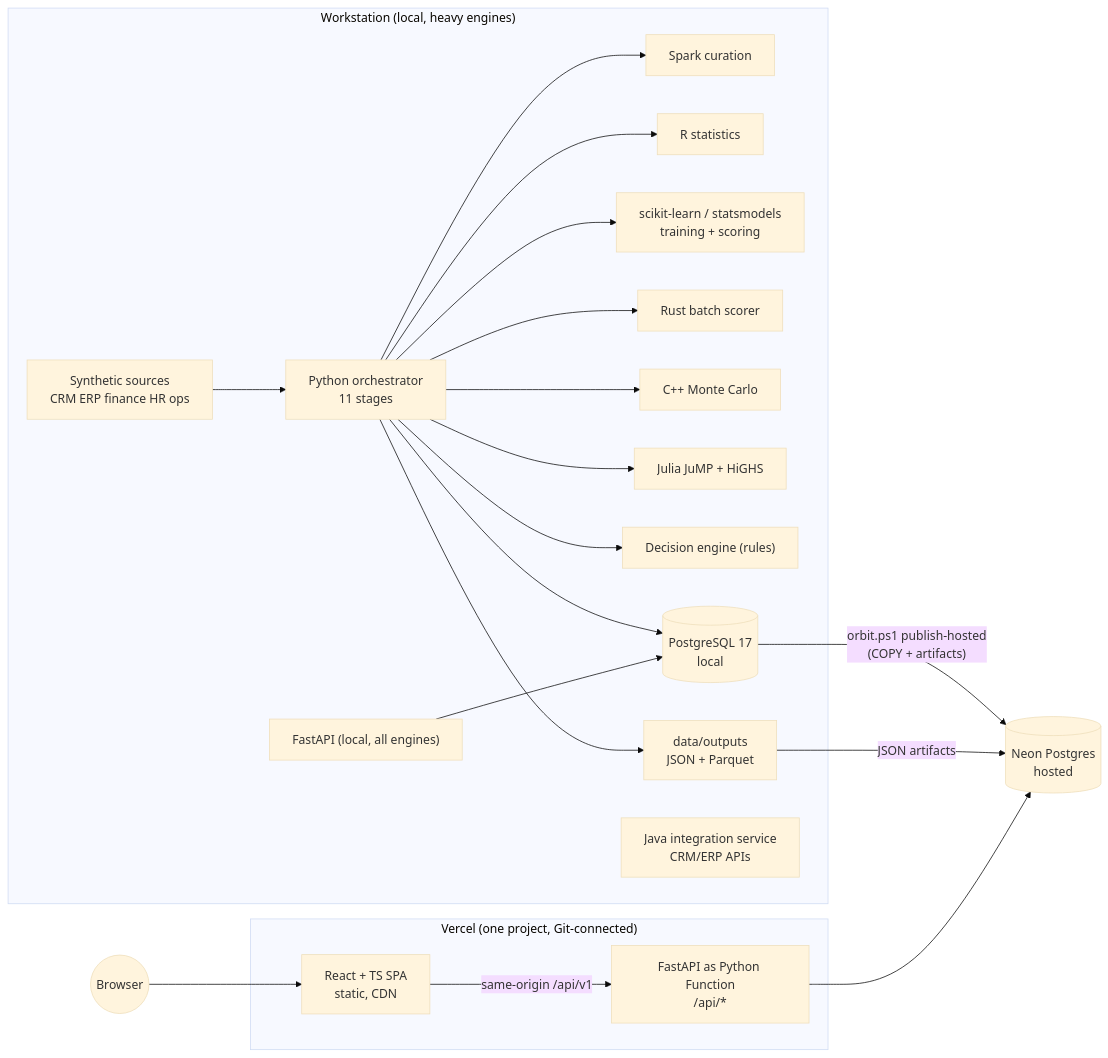
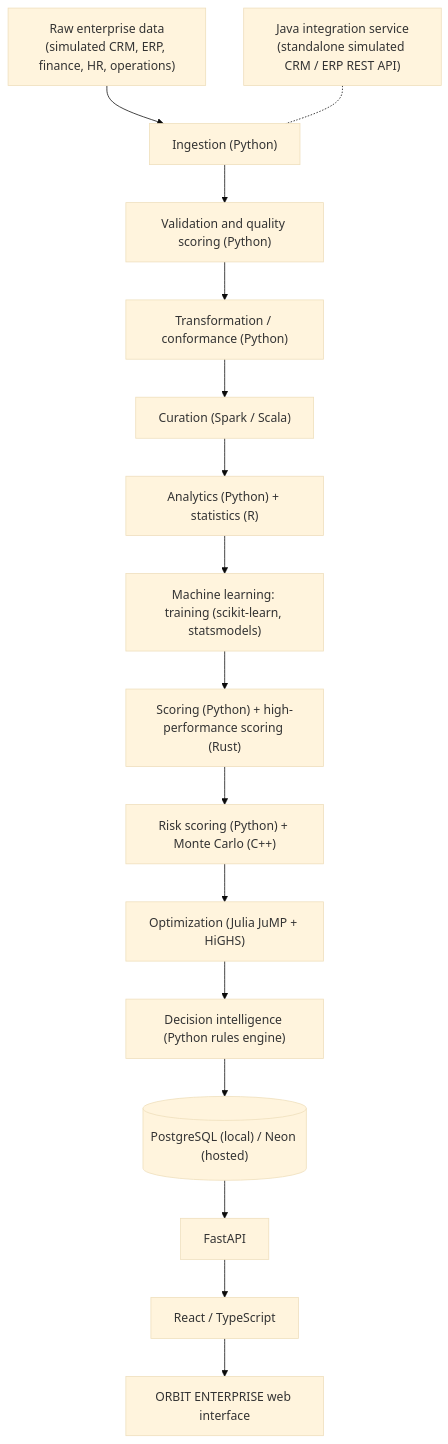
Before and after one commit to shahil5z/orbit-enterprise: the diagram in README.md, drawn with Mermaid (base theme). The commit also changed other lines of this file and 32 other files, not shown here.

````diff
--- a/README.md
+++ b/README.md
@@ -35,26 +47,18 @@
 ```mermaid
-flowchart LR
-  subgraph WS["Workstation (local, heavy engines)"]
-    GEN["Synthetic sources<br/>CRM ERP finance HR ops"] --> PIPE["Python orchestrator<br/>11 stages"]
-    PIPE --> SPARK["Spark curation"]
-    PIPE --> R["R statistics"]
-    PIPE --> ML["scikit-learn / statsmodels<br/>training + scoring"]
-    PIPE --> RUST["Rust batch scorer"]
-    PIPE --> CPP["C++ Monte Carlo"]
-    PIPE --> JL["Julia JuMP + HiGHS"]
-    PIPE --> DEC["Decision engine (rules)"]
-    PIPE --> LPG[("PostgreSQL 17<br/>local")]
-    PIPE --> OUT["data/outputs<br/>JSON + Parquet"]
-    JAVA["Java integration service<br/>CRM/ERP APIs"]
-    LAPI["FastAPI (local, all engines)"] --> LPG
-  end
-  LPG -- "orbit.ps1 publish-hosted<br/>(COPY + artifacts)" --> NEON[("Neon Postgres<br/>hosted")]
-  OUT -- "JSON artifacts" --> NEON
-  subgraph VC["Vercel (one project, Git-connected)"]
-    WEB["React + TS SPA<br/>static, CDN"]
-    FN["FastAPI as Python Function<br/>/api/*"]
-  end
-  USER(("Browser")) --> WEB
-  WEB -- "same-origin /api/v1" --> FN
-  FN --> NEON
+flowchart TD
+  RAW["Raw enterprise data<br/>(simulated CRM, ERP, finance, HR, operations)"] --> ING["Ingestion (Python)"]
+  ING --> VAL["Validation and quality scoring (Python)"]
+  VAL --> TR["Transformation / conformance (Python)"]
+  TR --> SP["Curation (Spark / Scala)"]
+  SP --> AN["Analytics (Python) + statistics (R)"]
+  AN --> ML["Machine learning: training (scikit-learn, statsmodels)"]
+  ML --> PR["Scoring (Python) + high-performance scoring (Rust)"]
+  PR --> RK["Risk scoring (Python) + Monte Carlo (C++)"]
+  RK --> OPT["Optimization (Julia JuMP + HiGHS)"]
+  OPT --> DEC["Decision intelligence (Python rules engine)"]
+  DEC --> PG[("PostgreSQL (local) / Neon (hosted)")]
+  PG --> API["FastAPI"]
+  API --> WEB["React / TypeScript"]
+  WEB --> UI["ORBIT ENTERPRISE web interface"]
+  JAVA["Java integration service<br/>(standalone simulated CRM / ERP REST API)"] -.- ING
 ```
````
